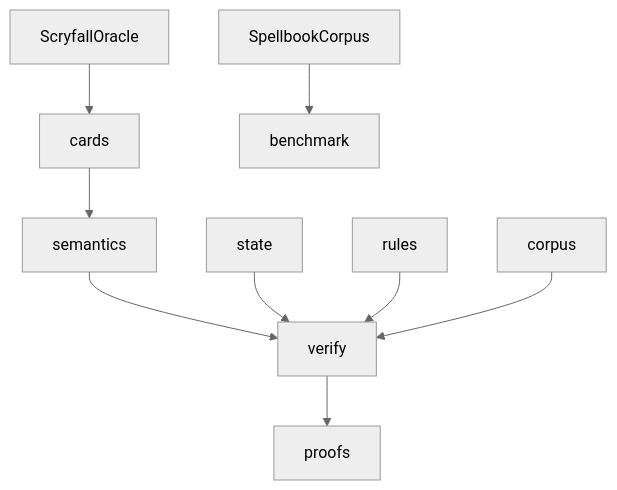
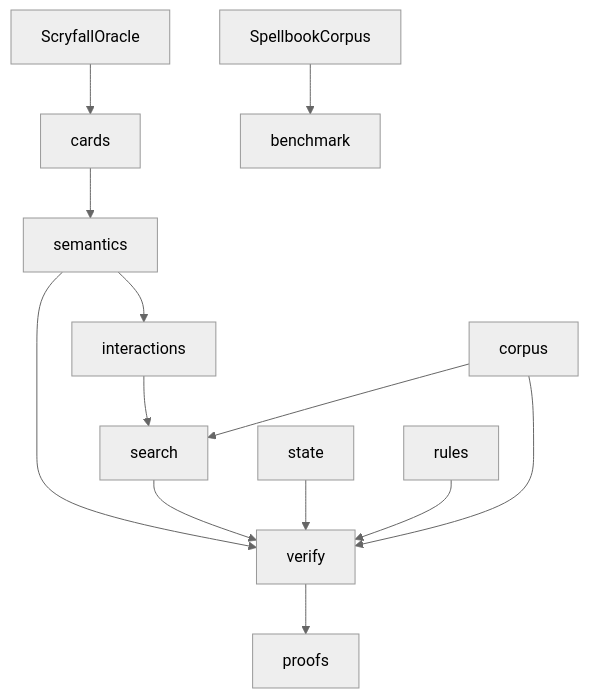
The diagram in README.md (witzbeck/mtg-loop-engine), drawn with Mermaid (neutral theme) before and after one commit. The commit also changed other lines of this file and 7 other files, not shown here.

````diff
--- a/README.md
+++ b/README.md
@@ -9,11 +9,15 @@
 ```mermaid
 graph TB;
   scryfall[ScryfallOracle] --> cardsPkg[cards];
   spellbook[SpellbookCorpus] --> benchmarkPkg[benchmark];
   cardsPkg --> semanticsPkg[semantics];
   semanticsPkg --> verifyPkg[verify];
+  semanticsPkg --> interactionsPkg[interactions];
+  interactionsPkg --> searchPkg[search];
+  searchPkg --> verifyPkg;
   statePkg[state] --> verifyPkg;
   rulesPkg[rules] --> verifyPkg;
   verifyPkg --> proofsPkg[proofs];
   corpusPkg[corpus] --> verifyPkg;
+  corpusPkg --> searchPkg;
 ```
````
